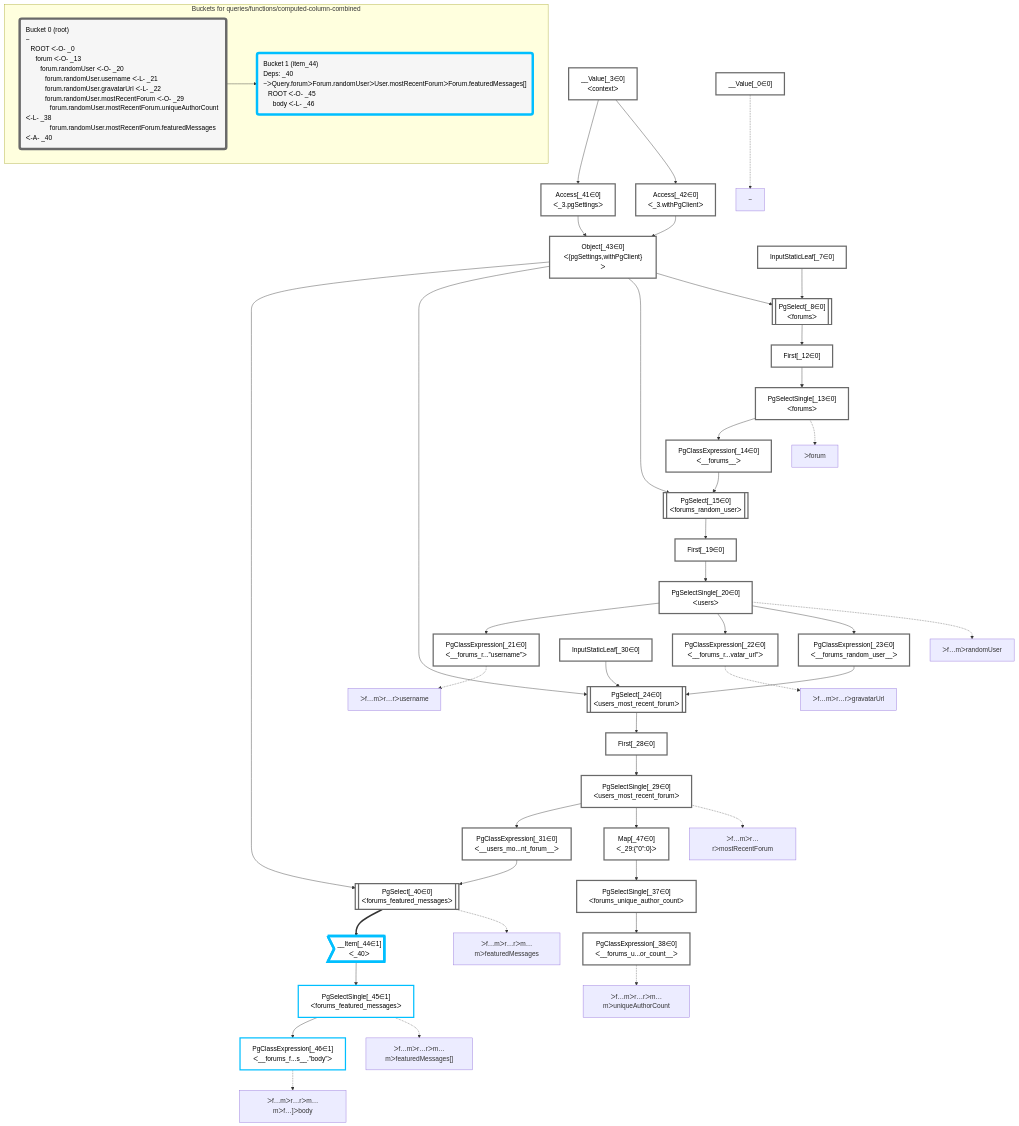
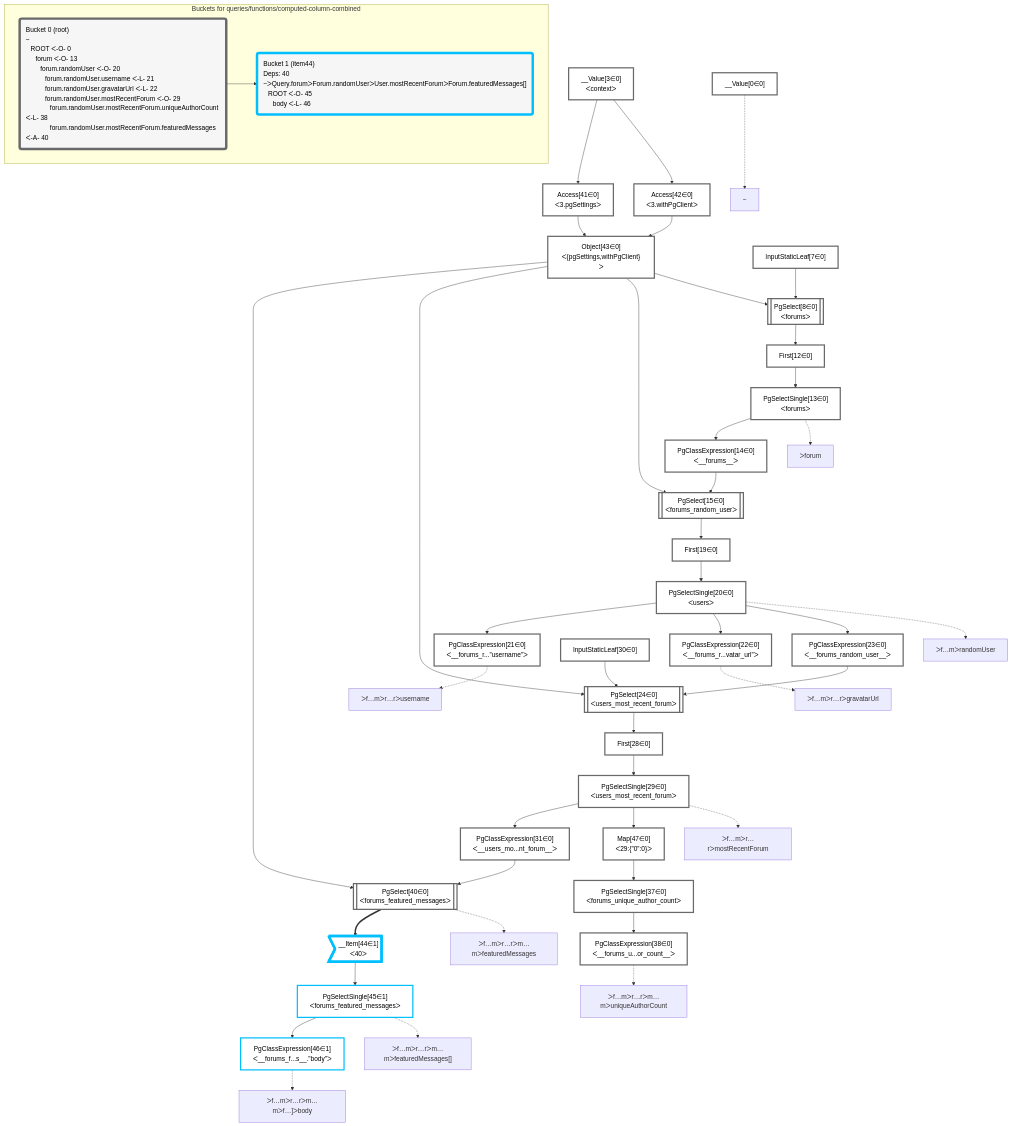
Before and after one commit to graphile/crystal: the diagram in packages/dataplan-pg/__tests__/queries/functions/computed-column-combined.deopt.mermaid.md, drawn with Mermaid. The commit also changed 195 other files, not shown here.

````diff
--- a/packages/dataplan-pg/__tests__/queries/functions/computed-column-combined.deopt.mermaid.md
+++ b/packages/dataplan-pg/__tests__/queries/functions/computed-column-combined.deopt.mermaid.md
@@ -8,90 +8,90 @@
 
 
     %% define plans
-    __Value_0["__Value[_0∈0]"]:::plan
-    PgClassExpression_21["PgClassExpression[_21∈0]<br />ᐸ__forums_r...”username”ᐳ"]:::plan
-    PgClassExpression_22["PgClassExpression[_22∈0]<br />ᐸ__forums_r...vatar_url”ᐳ"]:::plan
-    PgClassExpression_46["PgClassExpression[_46∈1]<br />ᐸ__forums_f...s__.”body”ᐳ"]:::plan
-    PgSelectSingle_45["PgSelectSingle[_45∈1]<br />ᐸforums_featured_messagesᐳ"]:::plan
-    __Item_44>"__Item[_44∈1]<br />ᐸ_40ᐳ"]:::itemplan
-    PgSelect_40[["PgSelect[_40∈0]<br />ᐸforums_featured_messagesᐳ"]]:::plan
-    PgClassExpression_31["PgClassExpression[_31∈0]<br />ᐸ__users_mo...nt_forum__ᐳ"]:::plan
-    PgClassExpression_38["PgClassExpression[_38∈0]<br />ᐸ__forums_u...or_count__ᐳ"]:::plan
-    PgSelectSingle_37["PgSelectSingle[_37∈0]<br />ᐸforums_unique_author_countᐳ"]:::plan
-    Map_47["Map[_47∈0]<br />ᐸ_29:{”0”:0}ᐳ"]:::plan
-    PgSelectSingle_29["PgSelectSingle[_29∈0]<br />ᐸusers_most_recent_forumᐳ"]:::plan
-    First_28["First[_28∈0]"]:::plan
-    PgSelect_24[["PgSelect[_24∈0]<br />ᐸusers_most_recent_forumᐳ"]]:::plan
-    PgClassExpression_23["PgClassExpression[_23∈0]<br />ᐸ__forums_random_user__ᐳ"]:::plan
-    PgSelectSingle_20["PgSelectSingle[_20∈0]<br />ᐸusersᐳ"]:::plan
-    First_19["First[_19∈0]"]:::plan
-    PgSelect_15[["PgSelect[_15∈0]<br />ᐸforums_random_userᐳ"]]:::plan
-    PgClassExpression_14["PgClassExpression[_14∈0]<br />ᐸ__forums__ᐳ"]:::plan
-    PgSelectSingle_13["PgSelectSingle[_13∈0]<br />ᐸforumsᐳ"]:::plan
-    First_12["First[_12∈0]"]:::plan
-    PgSelect_8[["PgSelect[_8∈0]<br />ᐸforumsᐳ"]]:::plan
-    Object_43["Object[_43∈0]<br />ᐸ{pgSettings,withPgClient}ᐳ"]:::plan
-    Access_41["Access[_41∈0]<br />ᐸ_3.pgSettingsᐳ"]:::plan
-    Access_42["Access[_42∈0]<br />ᐸ_3.withPgClientᐳ"]:::plan
-    __Value_3["__Value[_3∈0]<br />ᐸcontextᐳ"]:::plan
-    InputStaticLeaf_7["InputStaticLeaf[_7∈0]"]:::plan
-    InputStaticLeaf_30["InputStaticLeaf[_30∈0]"]:::plan
+    __Value0["__Value[0∈0]"]:::plan
+    PgClassExpression21["PgClassExpression[21∈0]<br />ᐸ__forums_r...”username”ᐳ"]:::plan
+    PgClassExpression22["PgClassExpression[22∈0]<br />ᐸ__forums_r...vatar_url”ᐳ"]:::plan
+    PgClassExpression46["PgClassExpression[46∈1]<br />ᐸ__forums_f...s__.”body”ᐳ"]:::plan
+    PgSelectSingle45["PgSelectSingle[45∈1]<br />ᐸforums_featured_messagesᐳ"]:::plan
+    __Item44>"__Item[44∈1]<br />ᐸ40ᐳ"]:::itemplan
+    PgSelect40[["PgSelect[40∈0]<br />ᐸforums_featured_messagesᐳ"]]:::plan
+    PgClassExpression31["PgClassExpression[31∈0]<br />ᐸ__users_mo...nt_forum__ᐳ"]:::plan
+    PgClassExpression38["PgClassExpression[38∈0]<br />ᐸ__forums_u...or_count__ᐳ"]:::plan
+    PgSelectSingle37["PgSelectSingle[37∈0]<br />ᐸforums_unique_author_countᐳ"]:::plan
+    Map47["Map[47∈0]<br />ᐸ29:{”0”:0}ᐳ"]:::plan
+    PgSelectSingle29["PgSelectSingle[29∈0]<br />ᐸusers_most_recent_forumᐳ"]:::plan
+    First28["First[28∈0]"]:::plan
+    PgSelect24[["PgSelect[24∈0]<br />ᐸusers_most_recent_forumᐳ"]]:::plan
+    PgClassExpression23["PgClassExpression[23∈0]<br />ᐸ__forums_random_user__ᐳ"]:::plan
+    PgSelectSingle20["PgSelectSingle[20∈0]<br />ᐸusersᐳ"]:::plan
+    First19["First[19∈0]"]:::plan
+    PgSelect15[["PgSelect[15∈0]<br />ᐸforums_random_userᐳ"]]:::plan
+    PgClassExpression14["PgClassExpression[14∈0]<br />ᐸ__forums__ᐳ"]:::plan
+    PgSelectSingle13["PgSelectSingle[13∈0]<br />ᐸforumsᐳ"]:::plan
+    First12["First[12∈0]"]:::plan
+    PgSelect8[["PgSelect[8∈0]<br />ᐸforumsᐳ"]]:::plan
+    Object43["Object[43∈0]<br />ᐸ{pgSettings,withPgClient}ᐳ"]:::plan
+    Access41["Access[41∈0]<br />ᐸ3.pgSettingsᐳ"]:::plan
+    Access42["Access[42∈0]<br />ᐸ3.withPgClientᐳ"]:::plan
+    __Value3["__Value[3∈0]<br />ᐸcontextᐳ"]:::plan
+    InputStaticLeaf7["InputStaticLeaf[7∈0]"]:::plan
+    InputStaticLeaf30["InputStaticLeaf[30∈0]"]:::plan
 
     %% plan dependencies
-    PgSelectSingle_20 --> PgClassExpression_21
-    PgSelectSingle_20 --> PgClassExpression_22
-    PgSelectSingle_45 --> PgClassExpression_46
-    __Item_44 --> PgSelectSingle_45
-    PgSelect_40 ==> __Item_44
-    Object_43 & PgClassExpression_31 --> PgSelect_40
-    PgSelectSingle_29 --> PgClassExpression_31
-    PgSelectSingle_37 --> PgClassExpression_38
-    Map_47 --> PgSelectSingle_37
-    PgSelectSingle_29 --> Map_47
-    First_28 --> PgSelectSingle_29
-    PgSelect_24 --> First_28
-    Object_43 & PgClassExpression_23 & InputStaticLeaf_30 --> PgSelect_24
-    PgSelectSingle_20 --> PgClassExpression_23
-    First_19 --> PgSelectSingle_20
-    PgSelect_15 --> First_19
-    Object_43 & PgClassExpression_14 --> PgSelect_15
-    PgSelectSingle_13 --> PgClassExpression_14
-    First_12 --> PgSelectSingle_13
-    PgSelect_8 --> First_12
-    Object_43 & InputStaticLeaf_7 --> PgSelect_8
-    Access_41 & Access_42 --> Object_43
-    __Value_3 --> Access_41
-    __Value_3 --> Access_42
+    PgSelectSingle20 --> PgClassExpression21
+    PgSelectSingle20 --> PgClassExpression22
+    PgSelectSingle45 --> PgClassExpression46
+    __Item44 --> PgSelectSingle45
+    PgSelect40 ==> __Item44
+    Object43 & PgClassExpression31 --> PgSelect40
+    PgSelectSingle29 --> PgClassExpression31
+    PgSelectSingle37 --> PgClassExpression38
+    Map47 --> PgSelectSingle37
+    PgSelectSingle29 --> Map47
+    First28 --> PgSelectSingle29
+    PgSelect24 --> First28
+    Object43 & PgClassExpression23 & InputStaticLeaf30 --> PgSelect24
+    PgSelectSingle20 --> PgClassExpression23
+    First19 --> PgSelectSingle20
+    PgSelect15 --> First19
+    Object43 & PgClassExpression14 --> PgSelect15
+    PgSelectSingle13 --> PgClassExpression14
+    First12 --> PgSelectSingle13
+    PgSelect8 --> First12
+    Object43 & InputStaticLeaf7 --> PgSelect8
+    Access41 & Access42 --> Object43
+    __Value3 --> Access41
+    __Value3 --> Access42
 
     %% plan-to-path relationships
-    P_0["~"]
-    __Value_0 -.-> P_0
-    P_13["ᐳforum"]
-    PgSelectSingle_13 -.-> P_13
-    P_20["ᐳf…mᐳrandomUser"]
-    PgSelectSingle_20 -.-> P_20
-    P_21["ᐳf…mᐳr…rᐳusername"]
-    PgClassExpression_21 -.-> P_21
-    P_22["ᐳf…mᐳr…rᐳgravatarUrl"]
-    PgClassExpression_22 -.-> P_22
-    P_29["ᐳf…mᐳr…rᐳmostRecentForum"]
-    PgSelectSingle_29 -.-> P_29
-    P_38["ᐳf…mᐳr…rᐳm…mᐳuniqueAuthorCount"]
-    PgClassExpression_38 -.-> P_38
-    P_40["ᐳf…mᐳr…rᐳm…mᐳfeaturedMessages"]
-    PgSelect_40 -.-> P_40
-    P_45["ᐳf…mᐳr…rᐳm…mᐳfeaturedMessages[]"]
-    PgSelectSingle_45 -.-> P_45
-    P_46["ᐳf…mᐳr…rᐳm…mᐳf…]ᐳbody"]
-    PgClassExpression_46 -.-> P_46
+    P0["~"]
+    __Value0 -.-> P0
+    P13["ᐳforum"]
+    PgSelectSingle13 -.-> P13
+    P20["ᐳf…mᐳrandomUser"]
+    PgSelectSingle20 -.-> P20
+    P21["ᐳf…mᐳr…rᐳusername"]
+    PgClassExpression21 -.-> P21
+    P22["ᐳf…mᐳr…rᐳgravatarUrl"]
+    PgClassExpression22 -.-> P22
+    P29["ᐳf…mᐳr…rᐳmostRecentForum"]
+    PgSelectSingle29 -.-> P29
+    P38["ᐳf…mᐳr…rᐳm…mᐳuniqueAuthorCount"]
+    PgClassExpression38 -.-> P38
+    P40["ᐳf…mᐳr…rᐳm…mᐳfeaturedMessages"]
+    PgSelect40 -.-> P40
+    P45["ᐳf…mᐳr…rᐳm…mᐳfeaturedMessages[]"]
+    PgSelectSingle45 -.-> P45
+    P46["ᐳf…mᐳr…rᐳm…mᐳf…]ᐳbody"]
+    PgClassExpression46 -.-> P46
 
     subgraph "Buckets for queries/functions/computed-column-combined"
-    Bucket0("Bucket 0 (root)<br />~<br />⠀ROOT ᐸ-O- _0<br />⠀⠀forum ᐸ-O- _13<br />⠀⠀⠀forum.randomUser ᐸ-O- _20<br />⠀⠀⠀⠀forum.randomUser.username ᐸ-L- _21<br />⠀⠀⠀⠀forum.randomUser.gravatarUrl ᐸ-L- _22<br />⠀⠀⠀⠀forum.randomUser.mostRecentForum ᐸ-O- _29<br />⠀⠀⠀⠀⠀forum.randomUser.mostRecentForum.uniqueAuthorCount ᐸ-L- _38<br />⠀⠀⠀⠀⠀forum.randomUser.mostRecentForum.featuredMessages ᐸ-A- _40"):::bucket
+    Bucket0("Bucket 0 (root)<br />~<br />⠀ROOT ᐸ-O- 0<br />⠀⠀forum ᐸ-O- 13<br />⠀⠀⠀forum.randomUser ᐸ-O- 20<br />⠀⠀⠀⠀forum.randomUser.username ᐸ-L- 21<br />⠀⠀⠀⠀forum.randomUser.gravatarUrl ᐸ-L- 22<br />⠀⠀⠀⠀forum.randomUser.mostRecentForum ᐸ-O- 29<br />⠀⠀⠀⠀⠀forum.randomUser.mostRecentForum.uniqueAuthorCount ᐸ-L- 38<br />⠀⠀⠀⠀⠀forum.randomUser.mostRecentForum.featuredMessages ᐸ-A- 40"):::bucket
     classDef bucket0 stroke:#696969
-    class Bucket0,__Value_0,__Value_3,InputStaticLeaf_7,PgSelect_8,First_12,PgSelectSingle_13,PgClassExpression_14,PgSelect_15,First_19,PgSelectSingle_20,PgClassExpression_21,PgClassExpression_22,PgClassExpression_23,PgSelect_24,First_28,PgSelectSingle_29,InputStaticLeaf_30,PgClassExpression_31,PgSelectSingle_37,PgClassExpression_38,PgSelect_40,Access_41,Access_42,Object_43,Map_47 bucket0
-    Bucket1("Bucket 1 (item_44)<br />Deps: _40<br />~ᐳQuery.forumᐳForum.randomUserᐳUser.mostRecentForumᐳForum.featuredMessages[]<br />⠀ROOT ᐸ-O- _45<br />⠀⠀body ᐸ-L- _46"):::bucket
+    class Bucket0,__Value0,__Value3,InputStaticLeaf7,PgSelect8,First12,PgSelectSingle13,PgClassExpression14,PgSelect15,First19,PgSelectSingle20,PgClassExpression21,PgClassExpression22,PgClassExpression23,PgSelect24,First28,PgSelectSingle29,InputStaticLeaf30,PgClassExpression31,PgSelectSingle37,PgClassExpression38,PgSelect40,Access41,Access42,Object43,Map47 bucket0
+    Bucket1("Bucket 1 (item44)<br />Deps: 40<br />~ᐳQuery.forumᐳForum.randomUserᐳUser.mostRecentForumᐳForum.featuredMessages[]<br />⠀ROOT ᐸ-O- 45<br />⠀⠀body ᐸ-L- 46"):::bucket
     classDef bucket1 stroke:#00bfff
-    class Bucket1,__Item_44,PgSelectSingle_45,PgClassExpression_46 bucket1
+    class Bucket1,__Item44,PgSelectSingle45,PgClassExpression46 bucket1
     Bucket0 --> Bucket1
     end
 ```
````
